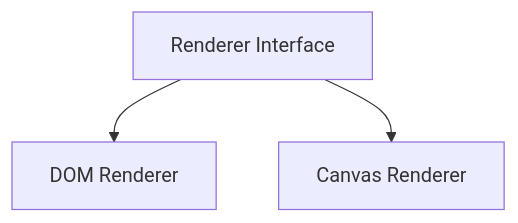
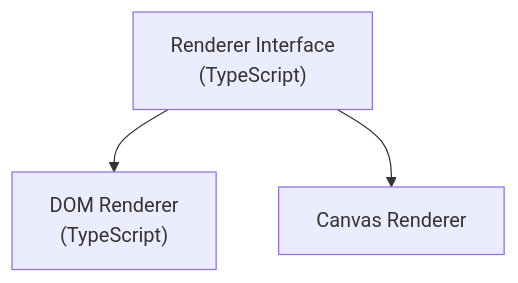
One commit to Anna0314zy/ai_editor_enginer changed the seventh of 8 diagrams in .qoder/repowiki/en/content/Rendering System/Rendering System.md. Above: the diagram before and after it, drawn with Mermaid. The commit also changed other lines of this file and 10 other files, not shown here.

````diff
--- a/.qoder/repowiki/en/content/Rendering System/Rendering System.md
+++ b/.qoder/repowiki/en/content/Rendering System/Rendering System.md
@@ -269,8 +269,8 @@
 ```mermaid
 graph TB
-IFACE["Renderer Interface"]
-DOM["DOM Renderer"]
+IFACE["Renderer Interface<br/>(TypeScript)"]
+DOM["DOM Renderer<br/>(TypeScript)"]
 CAN["Canvas Renderer"]
 IFACE --> DOM
 IFACE --> CAN
 ```
````
